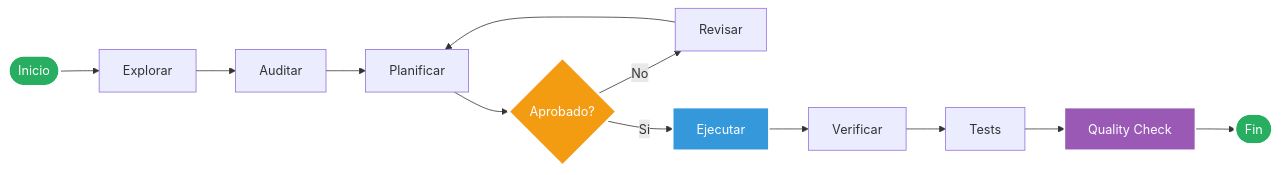
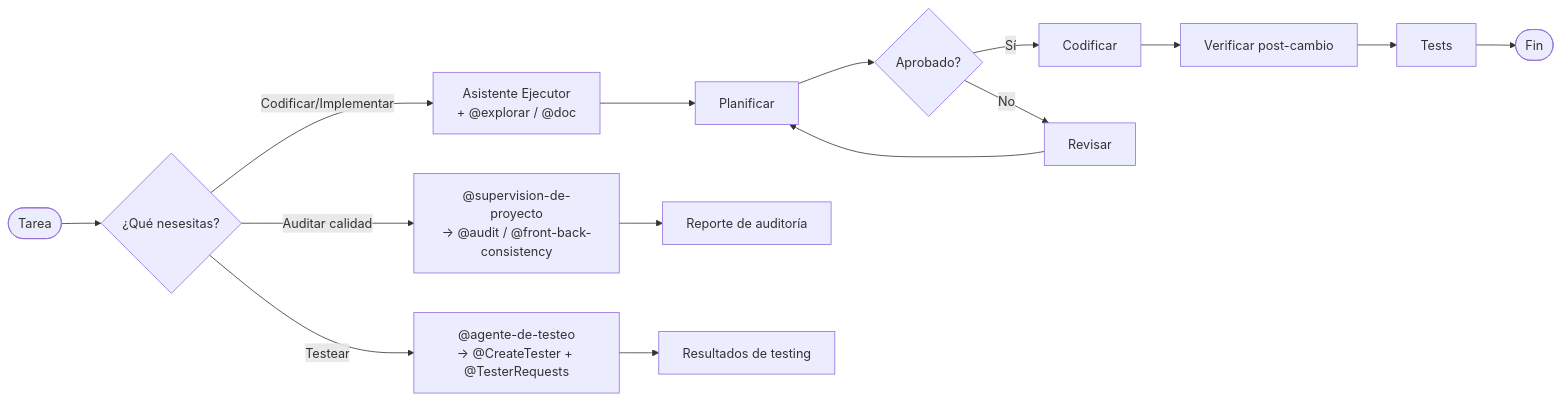
The third of 3 diagrams in docs/ai_usage/multi-agent-architecture.md (Santi746/vyntra-backend), drawn with Mermaid before and after one commit. The commit also changed other lines of this file and 34 other files, not shown here.

Commit message:
docs: add realtime architecture, events layer, and infrastructure scaling docs

````diff
--- a/docs/ai_usage/multi-agent-architecture.md
+++ b/docs/ai_usage/multi-agent-architecture.md
@@ -194,22 +192,21 @@
 ```mermaid
 graph LR
-    Start([Inicio]) --> Investigate[Explorar]
-    Investigate --> Audit[Auditar]
-    Audit --> Plan[Planificar]
-    Plan --> Decision{Aprobado?}
+    Start([Tarea]) --> Decide{¿Qué nesesitas?}
     
-    Decision -->|No| Revise[Revisar]
+    Decide -->|"Codificar/Implementar"| EX["Asistente Ejecutor<br/>+ @explorar / @doc"]
+    Decide -->|"Auditar calidad"| AS["@supervision-de-proyecto<br/>→ @audit / @front-back-consistency"]
+    Decide -->|"Testear"| BT["@agente-de-testeo<br/>→ @CreateTester + @TesterRequests"]
+    
+    EX --> Plan[Planificar]
+    Plan --> Approve{Aprobado?}
+    Approve -->|Sí| Code[Codificar]
+    Approve -->|No| Revise[Revisar]
     Revise --> Plan
     
-    Decision -->|Si| Execute[Ejecutar]
-    Execute --> Verify[Verificar]
-    Verify --> TestGen[Tests]
-    TestGen --> Quality[Quality Check]
-    Quality --> End([Fin])
+    AS --> Report[Reporte de auditoría]
+    BT --> Results[Resultados de testing]
     
-    style Start fill:#27ae60,color:#fff,stroke:#fff,stroke-width:3px
-    style End fill:#27ae60,color:#fff,stroke:#fff,stroke-width:3px
-    style Decision fill:#f39c12,color:#fff,stroke:#fff,stroke-width:3px
-    style Execute fill:#3498db,color:#fff,stroke:#fff,stroke-width:2px
-    style Quality fill:#9b59b6,color:#fff,stroke:#fff,stroke-width:2px
+    Code --> Verify[Verificar post-cambio]
+    Verify --> Test[Tests]
+    Test --> End([Fin])
 ```
````
